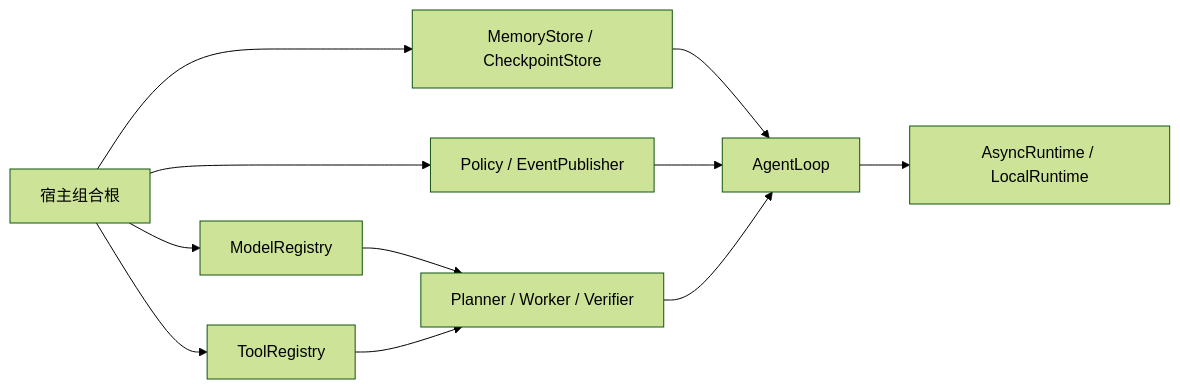
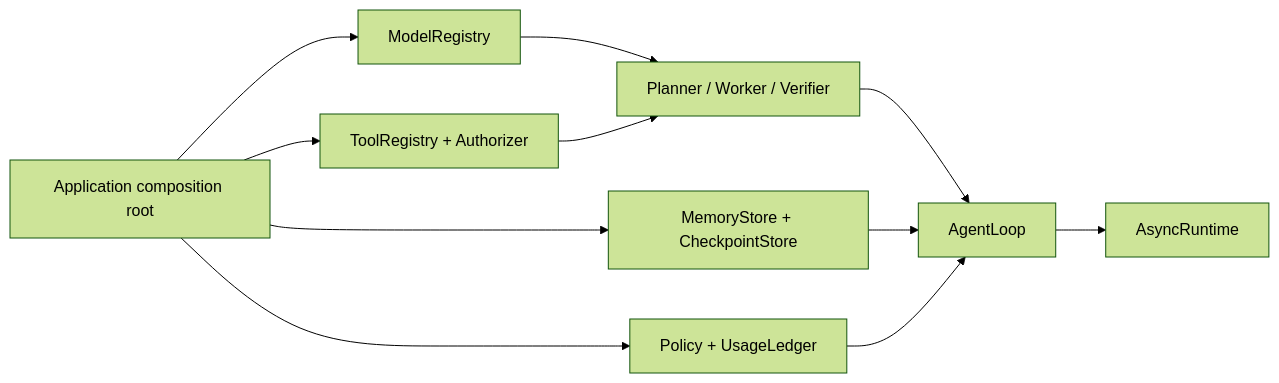
The first of 2 diagrams in docs/enterprise-integration.md (huleidada/matterloop), drawn with Mermaid (forest theme) before and after one commit. The commit also changed other lines of this file and 16 other files, not shown here.

````diff
--- a/docs/enterprise-integration.md
+++ b/docs/enterprise-integration.md
@@ -39,13 +50,13 @@
 ```mermaid
 flowchart LR
-    A["宿主组合根"] --> B["ModelRegistry"]
-    A --> C["ToolRegistry"]
-    A --> D["MemoryStore / CheckpointStore"]
-    A --> E["Policy / EventPublisher"]
-    B --> F["Planner / Worker / Verifier"]
-    C --> F
-    D --> G["AgentLoop"]
-    E --> G
-    F --> G
-    G --> H["AsyncRuntime / LocalRuntime"]
+    App["Application composition root"] --> Models["ModelRegistry"]
+    App --> Tools["ToolRegistry + Authorizer"]
+    App --> Stores["MemoryStore + CheckpointStore"]
+    App --> Policy["Policy + UsageLedger"]
+    Models --> Agents["Planner / Worker / Verifier"]
+    Tools --> Agents
+    Agents --> Loop["AgentLoop"]
+    Stores --> Loop
+    Policy --> Loop
+    Loop --> Runtime["AsyncRuntime"]
 ```
````
